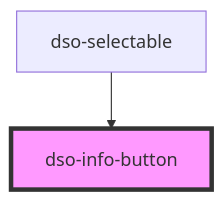
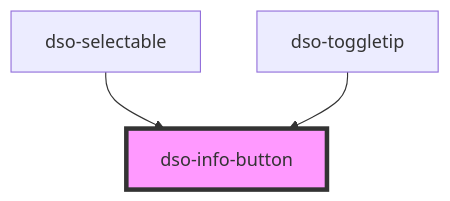
The diagram in packages/core/src/components/info-button/readme.md (dso-toolkit/dso-toolkit), drawn with Mermaid before and after one commit. The commit also changed other lines of this file and 7 other files, not shown here.

Commit message:
#1179 dso-info-button ipv button

````diff
--- a/packages/core/src/components/info-button/readme.md
+++ b/packages/core/src/components/info-button/readme.md
@@ -30,5 +31,6 @@
 ```mermaid
 graph TD;
   dso-selectable --> dso-info-button
+  dso-toggletip --> dso-info-button
   style dso-info-button fill:#f9f,stroke:#333,stroke-width:4px
 ```
````
